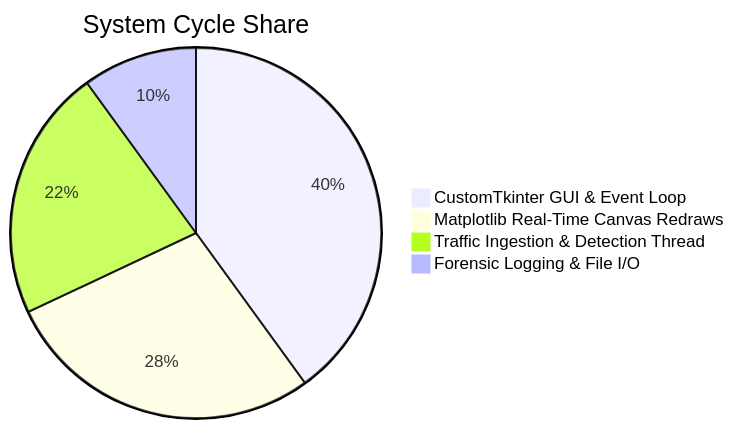
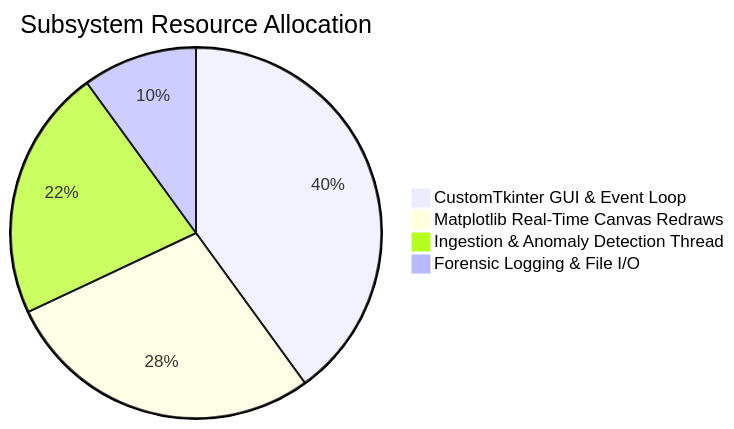
One commit to PriyanshuPundir01/CyberSentinal changed the second of 3 diagrams in README.md. Above: the diagram before and after it, drawn with Mermaid. The commit also changed other lines of this file and 2 other files, not shown here.

````diff
--- a/README.md
+++ b/README.md
@@ -85,7 +84,7 @@
 ```mermaid
-pie title System Cycle Share
+pie title Subsystem Resource Allocation
     "CustomTkinter GUI & Event Loop" : 40
     "Matplotlib Real-Time Canvas Redraws" : 28
-    "Traffic Ingestion & Detection Thread" : 22
+    "Ingestion & Anomaly Detection Thread" : 22
     "Forensic Logging & File I/O" : 10
 ```
````
